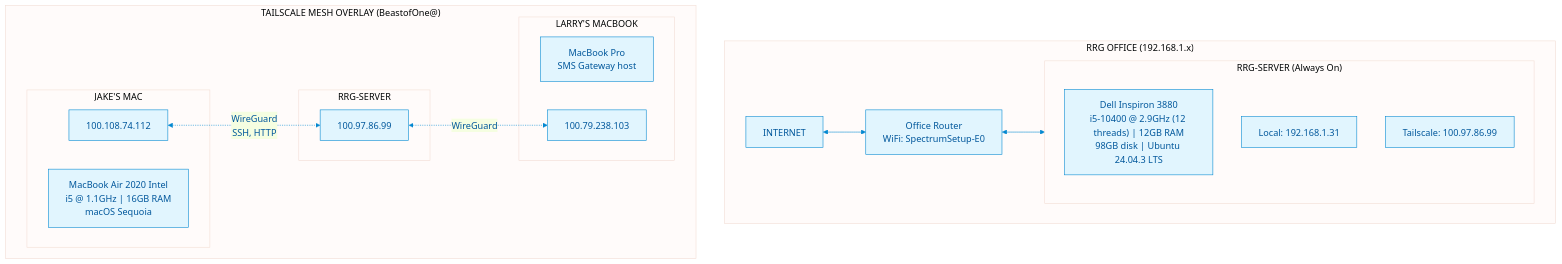
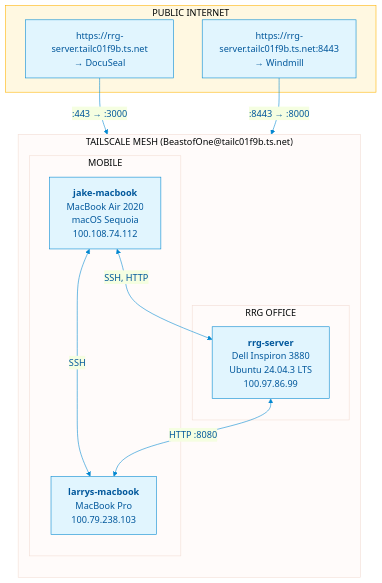
The first of 3 diagrams in docs/ARCHITECTURE.md (BeastofOne/rrg-server), drawn with Mermaid before and after one commit. The commit also changed other lines of this file, not shown here.

First line of the commit message:
Sync ARCHITECTURE.md inline diagrams with rewritten .mmd files

````diff
--- a/docs/ARCHITECTURE.md
+++ b/docs/ARCHITECTURE.md
@@ -13,39 +13,34 @@
 ```mermaid
 %%{init: {'theme': 'base', 'themeVariables': { 'primaryColor': '#e1f5fe', 'primaryTextColor': '#01579b', 'primaryBorderColor': '#0288d1', 'lineColor': '#0288d1'}}}%%
 
 graph TB
-    subgraph OFFICE["RRG OFFICE (192.168.1.x)"]
-        INTERNET["INTERNET"]
+    subgraph NETWORK["TAILSCALE MESH (BeastofOne@tailc01f9b.ts.net)"]
+        direction TB
 
-        ROUTER["Office Router<br/>WiFi: SpectrumSetup-E0"]
-
-        subgraph SERVER["RRG-SERVER (Always On)"]
-            SERVER_INFO["Dell Inspiron 3880<br/>i5-10400 @ 2.9GHz (12 threads) | 12GB RAM<br/>98GB disk | Ubuntu 24.04.3 LTS"]
-            SERVER_LOCAL["Local: 192.168.1.31"]
-            SERVER_TS["Tailscale: 100.97.86.99"]
+        subgraph OFFICE["RRG OFFICE"]
+            RRG["<b>rrg-server</b><br/>Dell Inspiron 3880<br/>Ubuntu 24.04.3 LTS<br/>100.97.86.99"]
         end
 
-        INTERNET <--> ROUTER
-        ROUTER <--> SERVER
-    end
-
-    subgraph TAILSCALE["TAILSCALE MESH OVERLAY (BeastofOne@)"]
-
-        subgraph TS_MAC["JAKE'S MAC"]
-            MAC_INFO["MacBook Air 2020 Intel<br/>i5 @ 1.1GHz | 16GB RAM<br/>macOS Sequoia"]
-            MAC_TS["100.108.74.112"]
-        end
-
-        subgraph TS_RRG["RRG-SERVER"]
-            TS_RRG_IP["100.97.86.99"]
-        end
-
-        subgraph TS_LARRY["LARRY'S MACBOOK"]
-            LARRY_INFO["MacBook Pro<br/>SMS Gateway host"]
-            LARRY_TS["100.79.238.103"]
+        subgraph MOBILE["MOBILE"]
+            MAC["<b>jake-macbook</b><br/>MacBook Air 2020<br/>macOS Sequoia<br/>100.108.74.112"]
+            LARRY["<b>larrys-macbook</b><br/>MacBook Pro<br/>100.79.238.103"]
         end
     end
 
-    MAC_TS <-.->|"WireGuard<br/>SSH, HTTP"| TS_RRG_IP
-    TS_RRG_IP <-.->|"WireGuard"| LARRY_TS
+    subgraph PUBLIC["PUBLIC INTERNET"]
+        FUNNEL_DS["https://rrg-server.tailc01f9b.ts.net<br/>→ DocuSeal"]
+        FUNNEL_WM["https://rrg-server.tailc01f9b.ts.net:8443<br/>→ Windmill"]
+    end
+
+    %% Active Tailscale connections
+    MAC <-->|"SSH, HTTP"| RRG
+    MAC <-->|"SSH"| LARRY
+    RRG <-->|"HTTP :8080"| LARRY
+
+    %% Tailscale Funnel
+    FUNNEL_DS -->|":443 → :3000"| RRG
+    FUNNEL_WM -->|":8443 → :8000"| RRG
+
+    %% Styling
+    style PUBLIC fill:#fff8e1,stroke:#ffb300
 ```
````
